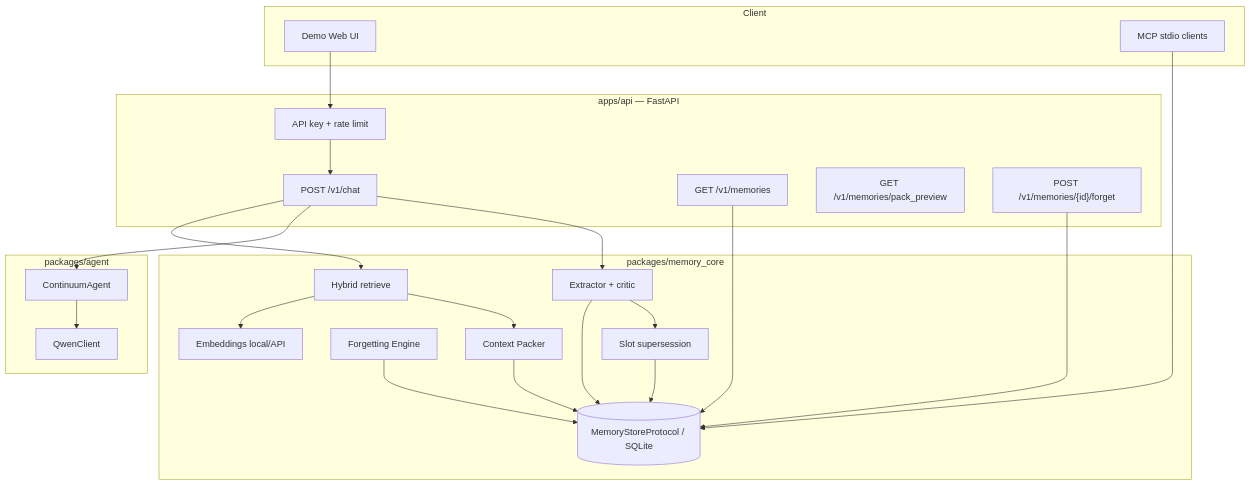
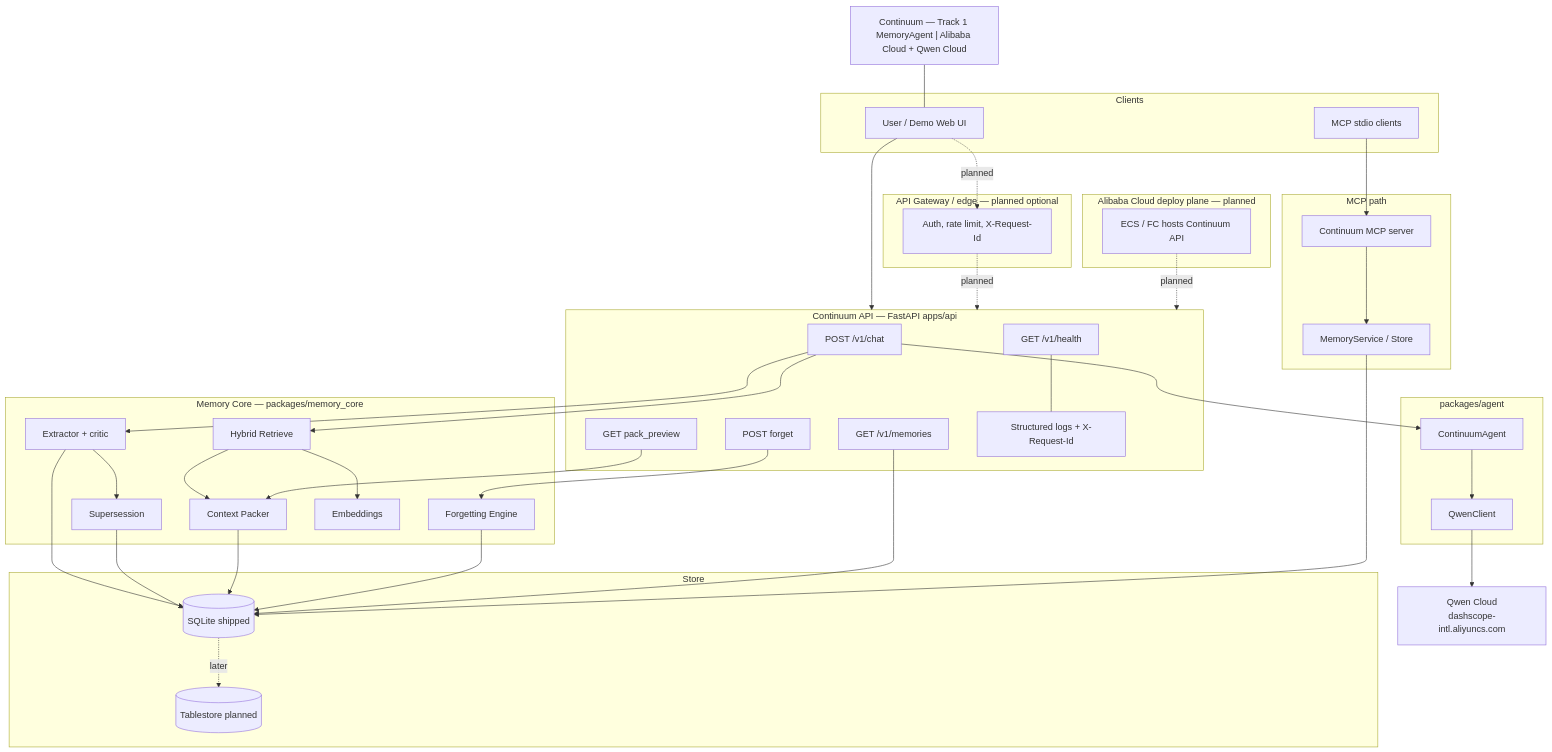
One commit to kenhuangus/continuum changed the diagram in docs/architecture.md. Above: the diagram before and after it, drawn with Mermaid. The commit also changed other lines of this file and 25 other files, not shown here.

Commit message:
Add Docker and Alibaba Cloud deploy docs and scripts.

````diff
--- a/docs/architecture.md
+++ b/docs/architecture.md
@@ -7,47 +15,80 @@
 ```mermaid
 flowchart TB
-    subgraph Client
-        Web[Demo Web UI]
-        MCP[MCP stdio clients]
+    noteTitle["Continuum — Track 1 MemoryAgent | Alibaba Cloud + Qwen Cloud"]
+
+    subgraph Clients["Clients"]
+        Web[User / Demo Web UI]
+        MCPCli[MCP stdio clients]
     end
 
-    subgraph API["apps/api — FastAPI"]
-        Auth[API key + rate limit]
-        Chat["POST /v1/chat"]
-        Memories["GET /v1/memories"]
-        PackPreview["GET /v1/memories/pack_preview"]
-        Forget["POST /v1/memories/{id}/forget"]
+    subgraph Edge["API Gateway / edge — planned optional"]
+        GW[Auth, rate limit, X-Request-Id]
     end
 
-    subgraph Agent["packages/agent"]
-        QwenClient[QwenClient]
-        Loop[ContinuumAgent]
+    subgraph Deploy["Alibaba Cloud deploy plane — planned"]
+        Host[ECS / FC hosts Continuum API]
     end
 
-    subgraph MemoryCore["packages/memory_core"]
-        Extractor[Extractor + critic]
-        Store[(MemoryStoreProtocol / SQLite)]
-        Retrieve[Hybrid retrieve]
+    subgraph API["Continuum API — FastAPI apps/api"]
+        Health[GET /v1/health]
+        Chat[POST /v1/chat]
+        MemList[GET /v1/memories]
+        PackPrev[GET pack_preview]
+        ForgetEP[POST forget]
+        Obs[Structured logs + X-Request-Id]
+    end
+
+    subgraph AgentPkg["packages/agent"]
+        Agent[ContinuumAgent]
+        QwenCli[QwenClient]
+    end
+
+    QwenCloud["Qwen Cloud<br/>dashscope-intl.aliyuncs.com"]
+
+    subgraph MemCore["Memory Core — packages/memory_core"]
+        Extract[Extractor + critic]
+        Hybrid[Hybrid Retrieve]
         Packer[Context Packer]
         ForgetEng[Forgetting Engine]
-        Super[Slot supersession]
-        Embed[Embeddings local/API]
+        Super[Supersession]
+        Embed[Embeddings]
     end
 
-    Web --> Auth
-    MCP --> Store
-    Auth --> Chat
-    Chat --> Retrieve
-    Retrieve --> Embed
-    Retrieve --> Packer
-    Chat --> Loop
-    Chat --> Extractor
-    Loop --> QwenClient
-    Packer --> Store
-    Extractor --> Store
-    Extractor --> Super
-    Super --> Store
-    ForgetEng --> Store
-    Memories --> Store
-    Forget --> Store
+    subgraph StoreLayer["Store"]
+        SQLite[(SQLite shipped)]
+        Tablestore[(Tablestore planned)]
+    end
+
+    subgraph MCPSrv["MCP path"]
+        MCPServer[Continuum MCP server]
+        MemSvc[MemoryService / Store]
+    end
+
+    noteTitle --- Web
+    Web --> API
+    Web -.->|planned| GW
+    GW -.->|planned| API
+    Host -.->|planned| API
+
+    Chat --> Hybrid
+    Hybrid --> Embed
+    Hybrid --> Packer
+    Chat --> Agent
+    Agent --> QwenCli
+    QwenCli --> QwenCloud
+    Chat --> Extract
+    Extract --> Super
+    Extract --> SQLite
+    Super --> SQLite
+    Packer --> SQLite
+    ForgetEng --> SQLite
+    MemList --> SQLite
+    PackPrev --> Packer
+    ForgetEP --> ForgetEng
+    Health --- Obs
+    SQLite -.->|later| Tablestore
+
+    MCPCli --> MCPServer
+    MCPServer --> MemSvc
+    MemSvc --> SQLite
 ```
````
